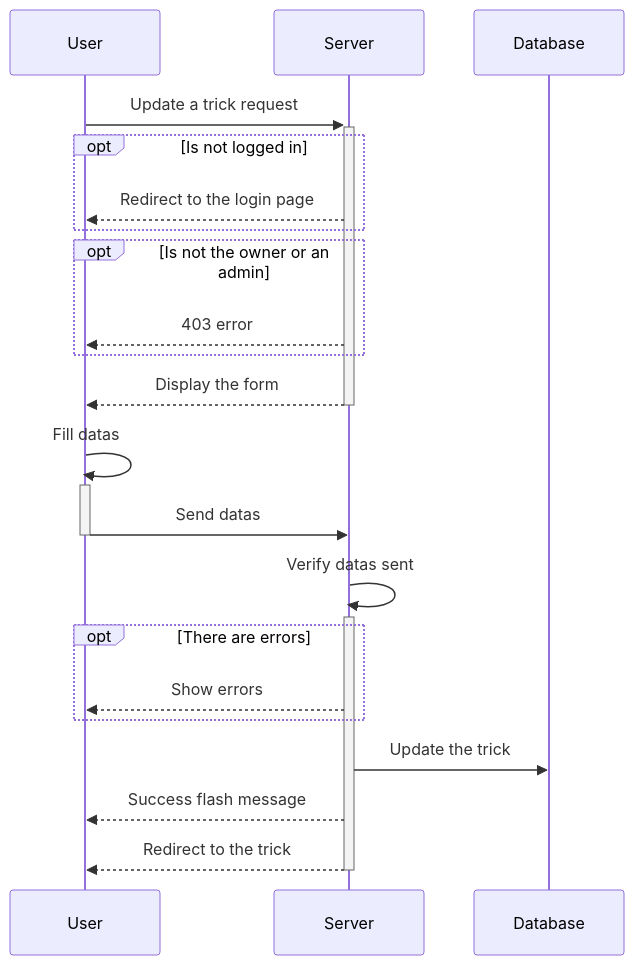
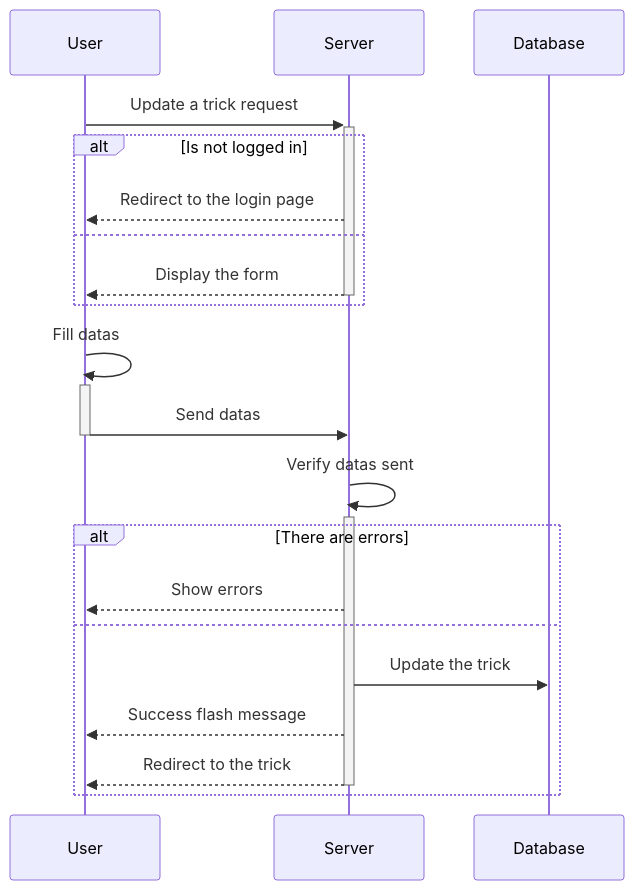
One commit to acecconato/AnthonyCecconato_6_01102022 changed the diagram in docs/sequence/snowtricks/update_trick.md. Above: the diagram before and after it, drawn with Mermaid. The commit also changed 15 other files, not shown here.

Commit message:
Update diagrams

````diff
--- a/docs/sequence/snowtricks/update_trick.md
+++ b/docs/sequence/snowtricks/update_trick.md
@@ -1,27 +1,23 @@
 ```mermaid 
 sequenceDiagram
-    User ->>+Server: Update a trick request
+    User ->>+ Server: Update a trick request
 
-     opt Is not logged in 
+    alt Is not logged in 
         Server -->> User: Redirect to the login page
+    else
+        Server -->>-User: Display the form
     end
-
-    opt Is not the owner or an admin
-        Server -->> User: 403 error
-    end
-
-    Server -->>-User: Display the form
-
+    
     User ->>+ User: Fill datas
     User ->>- Server: Send datas
 
     Server ->>+ Server: Verify datas sent
 
-    opt There are errors
+    alt There are errors
         Server -->> User: Show errors
+    else
+        Server ->> Database: Update the trick
+        Server -->> User: Success flash message
+        Server -->>- User: Redirect to the trick
     end
-
-    Server ->> Database: Update the trick
-    Server -->> User: Success flash message
-    Server -->>- User: Redirect to the trick
 ```
````
